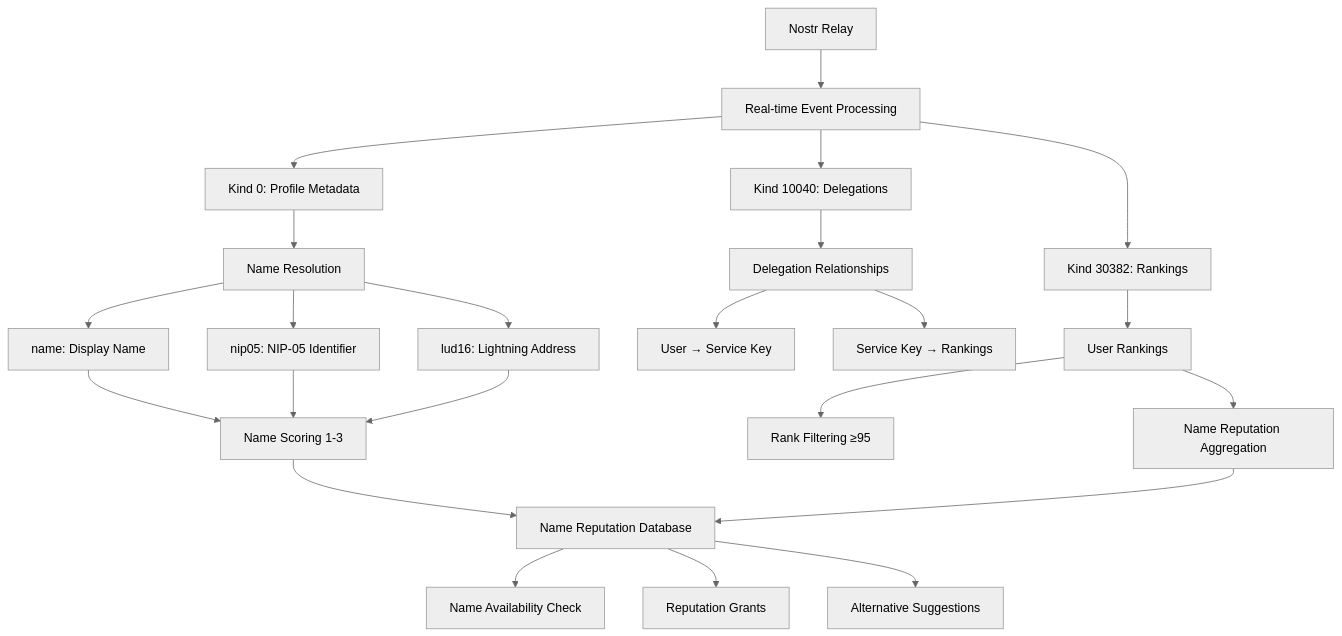
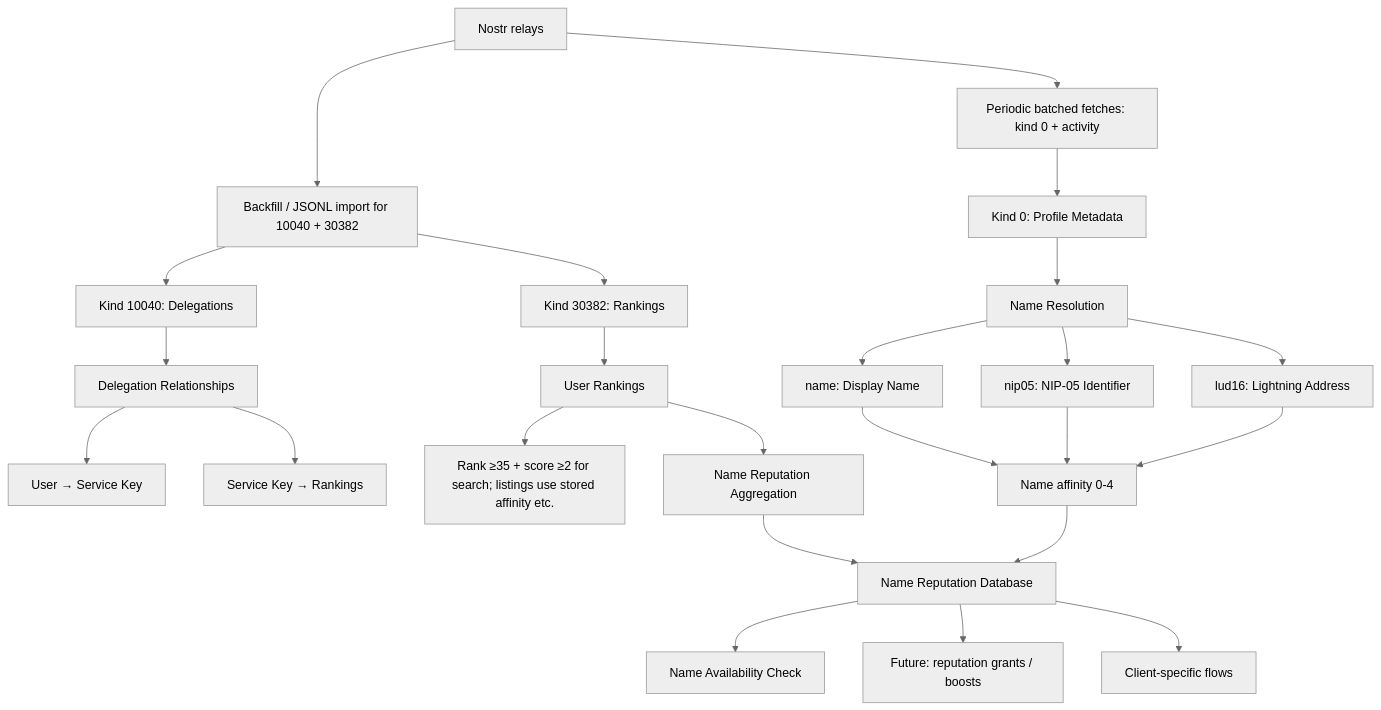
One commit to design-rrr/nymrank changed the fourth of 5 diagrams in event_analysis.md. Above: the diagram before and after it, drawn with Mermaid (neutral theme). The commit also changed other lines of this file and 5 other files, not shown here.

````diff
--- a/event_analysis.md
+++ b/event_analysis.md
@@ -135,31 +146,32 @@
 ```mermaid
 graph TD
-    A[Nostr Relay] --> B[Real-time Event Processing]
-    B --> C[Kind 0: Profile Metadata]
+    A[Nostr relays] --> B[Backfill / JSONL import for 10040 + 30382]
+    A --> C[Periodic batched fetches: kind 0 + activity]
     B --> D[Kind 10040: Delegations]
     B --> E[Kind 30382: Rankings]
+    C --> F2[Kind 0: Profile Metadata]
     
-    C --> F[Name Resolution]
+    F2 --> F[Name Resolution]
     F --> G[name: Display Name]
     F --> H[nip05: NIP-05 Identifier]
     F --> I[lud16: Lightning Address]
     
     D --> J[Delegation Relationships]
     J --> K[User → Service Key]
     J --> L[Service Key → Rankings]
     
     E --> M[User Rankings]
-    M --> N[Rank Filtering ≥95]
+    M --> N[Rank ≥35 + score ≥2 for search; listings use stored affinity etc.]
     M --> O[Name Reputation Aggregation]
     
-    G --> P[Name Scoring 1-3]
+    G --> P[Name affinity 0-4]
     H --> P
     I --> P
     
     P --> Q[Name Reputation Database]
     O --> Q
     
     Q --> R[Name Availability Check]
-    Q --> S[Reputation Grants]
-    Q --> T[Alternative Suggestions]
+    Q --> S[Future: reputation grants / boosts]
+    Q --> T[Client-specific flows]
 ```
````
